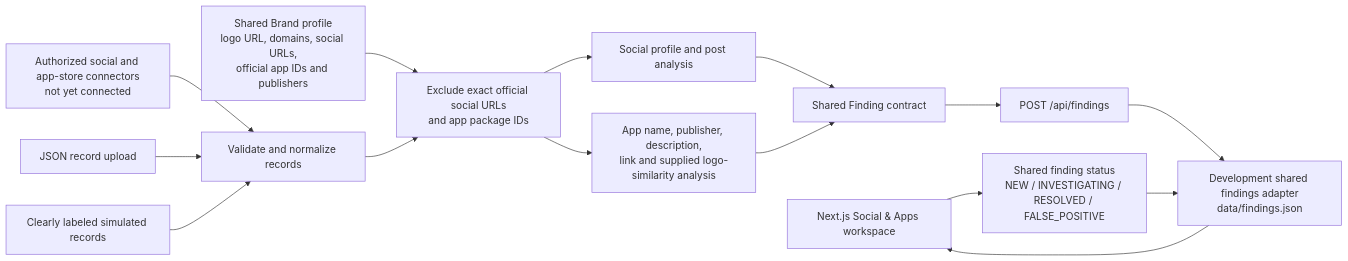
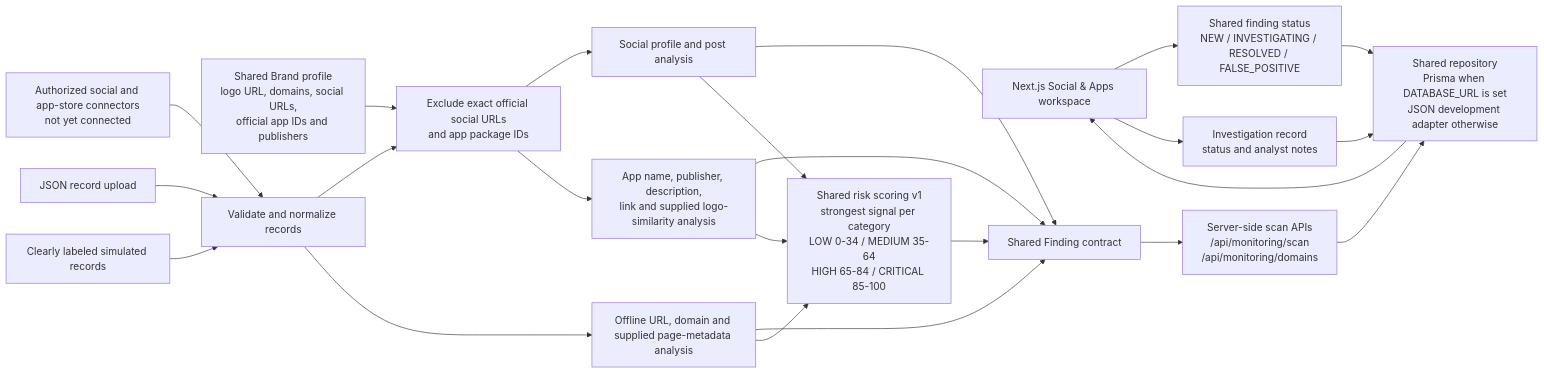
The diagram in docs/social-monitoring-architecture.md (Sirigibattulasandeep/CIPHER), drawn with Mermaid before and after one commit. The commit also changed other lines of this file and 30 other files, not shown here.

Commit message:
extend SENTRIX monitoring and shared investigations

````diff
--- a/docs/social-monitoring-architecture.md
+++ b/docs/social-monitoring-architecture.md
@@ -3,31 +3,42 @@
 ```mermaid
 flowchart LR
     UI[Next.js Social & Apps workspace]
     CONN[Authorized social and app-store connectors\nnot yet connected]
     IMPORT[JSON record upload]
     DEMO[Clearly labeled simulated records]
     BRAND[Shared Brand profile\nlogo URL, domains, social URLs,\nofficial app IDs and publishers]
     NORMALIZE[Validate and normalize records]
     EXCLUDE[Exclude exact official social URLs\nand app package IDs]
     SOCIAL[Social profile and post analysis]
     APPS[App name, publisher, description,\nlink and supplied logo-similarity analysis]
+    DOMAINS[Offline URL, domain and supplied page-metadata analysis]
+    SCORE[Shared risk scoring v1\nstrongest signal per category\nLOW 0-34 / MEDIUM 35-64\nHIGH 65-84 / CRITICAL 85-100]
     FINDING[Shared Finding contract]
-    API[POST /api/findings]
-    STORE[Development shared findings adapter\ndata/findings.json]
+    API[Server-side scan APIs\n/api/monitoring/scan\n/api/monitoring/domains]
+    STORE[Shared repository\nPrisma when DATABASE_URL is set\nJSON development adapter otherwise]
     WORKFLOW[Shared finding status\nNEW / INVESTIGATING / RESOLVED / FALSE_POSITIVE]
+    INVESTIGATION[Investigation record\nstatus and analyst notes]
 
     CONN --> NORMALIZE
     IMPORT --> NORMALIZE
     DEMO --> NORMALIZE
     BRAND --> EXCLUDE
     NORMALIZE --> EXCLUDE
     EXCLUDE --> SOCIAL
     EXCLUDE --> APPS
+    NORMALIZE --> DOMAINS
     SOCIAL --> FINDING
     APPS --> FINDING
+    DOMAINS --> FINDING
+    SOCIAL --> SCORE
+    APPS --> SCORE
+    DOMAINS --> SCORE
+    SCORE --> FINDING
     FINDING --> API
     API --> STORE
     STORE --> UI
     UI --> WORKFLOW
     WORKFLOW --> STORE
+    UI --> INVESTIGATION
+    INVESTIGATION --> STORE
 ```
````
